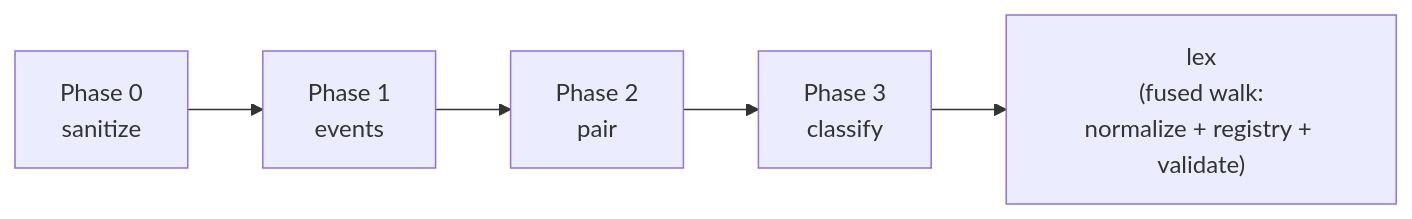
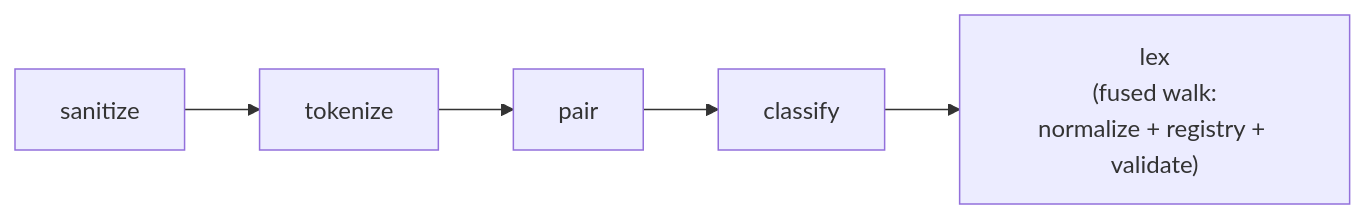
One commit to P4suta/aozora changed the diagram in crates/aozora-book/src/arch/lexer.md. Above: the diagram before and after it, drawn with Mermaid. The commit also changed other lines of this file and 174 other files, not shown here.

````diff
--- a/crates/aozora-book/src/arch/lexer.md
+++ b/crates/aozora-book/src/arch/lexer.md
@@ -18,10 +17,10 @@
 ```mermaid
 flowchart LR
-    p0["Phase 0<br/>sanitize"]
-    p1["Phase 1<br/>events"]
-    p2["Phase 2<br/>pair"]
-    p3["Phase 3<br/>classify"]
+    p0["sanitize"]
+    p1["tokenize"]
+    p2["pair"]
+    p3["classify"]
     fused["lex<br/>(fused walk:<br/>normalize + registry + validate)"]
 
     p0 --> p1 --> p2 --> p3 --> fused
 ```
````
